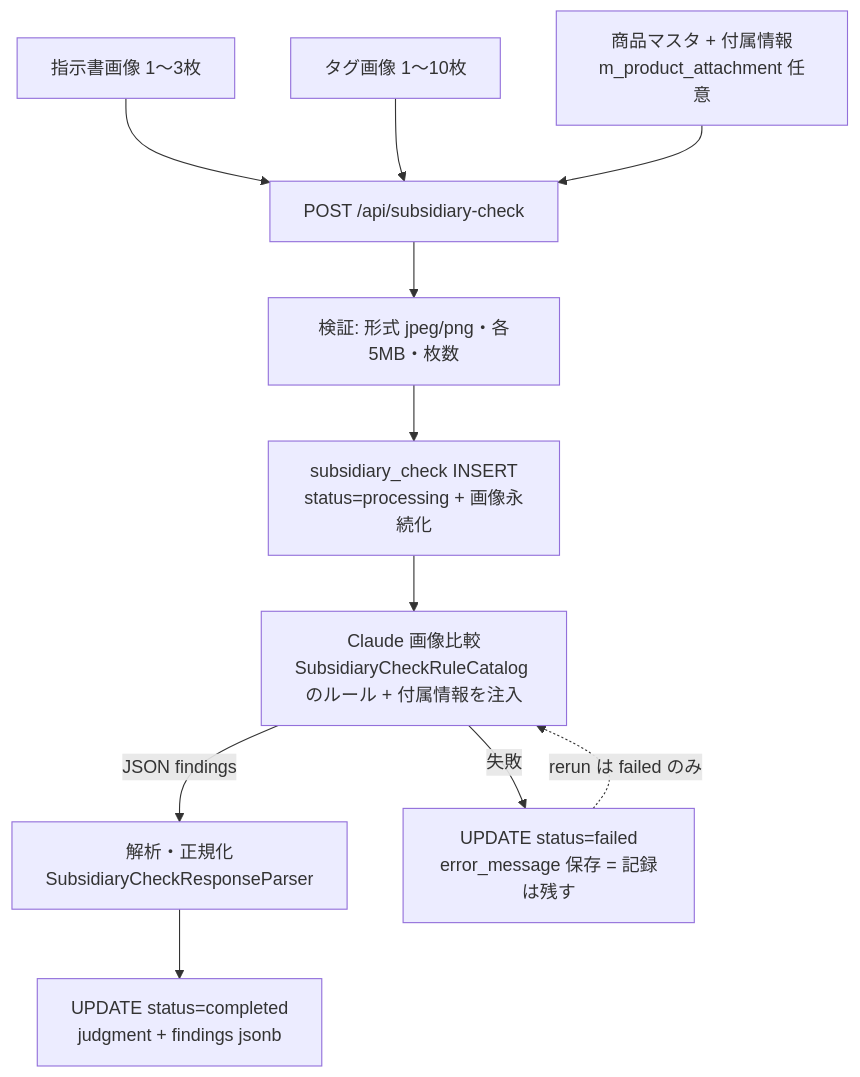
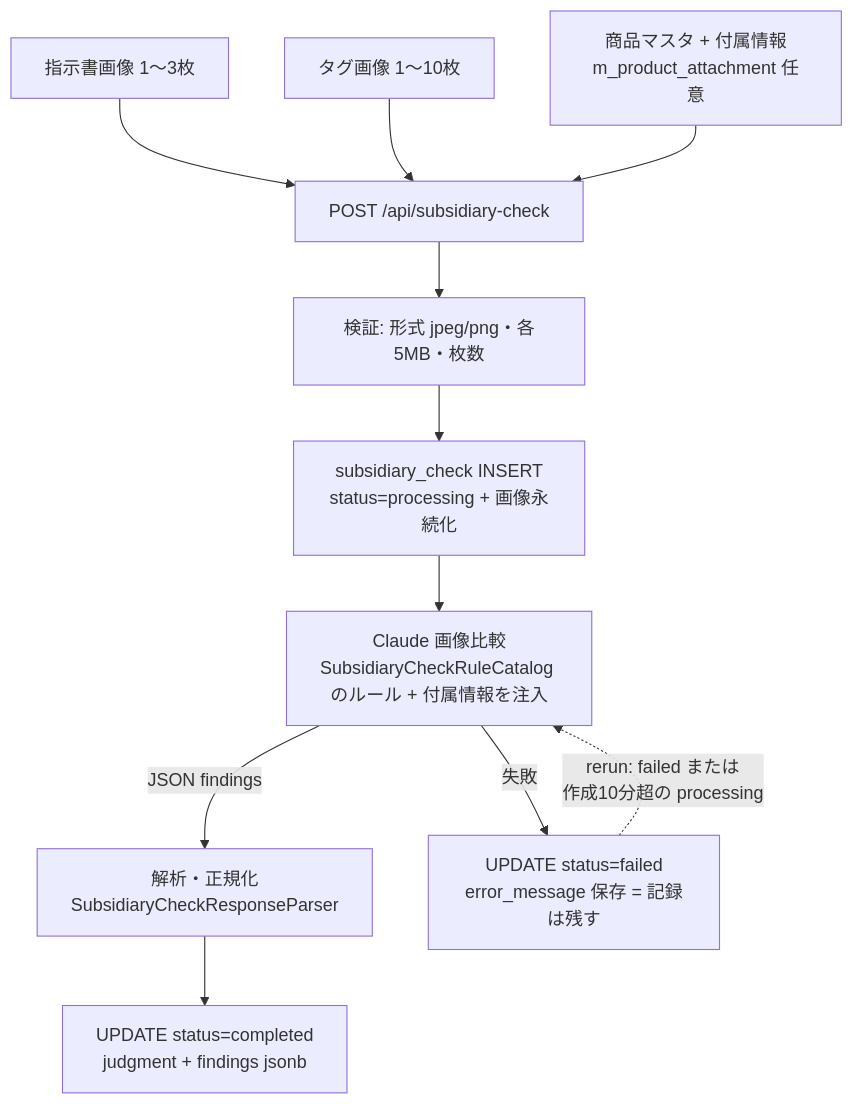
Before and after one commit to TSUNAGUBA/undeux-sales-suite: the fourth of 4 diagrams in docs/design.md, drawn with Mermaid. The commit also changed other lines of this file and 15 other files, not shown here.

````diff
--- a/docs/design.md
+++ b/docs/design.md
@@ -475,13 +479,13 @@
 ```mermaid
 flowchart TD
     A[指示書画像 1〜3枚] --> C[POST /api/subsidiary-check]
     B[タグ画像 1〜10枚] --> C
     P[商品マスタ + 付属情報<br/>m_product_attachment 任意] --> C
     C --> V[検証: 形式 jpeg/png・各5MB・枚数]
     V --> S[subsidiary_check INSERT<br/>status=processing + 画像永続化]
     S --> AI[Claude 画像比較<br/>SubsidiaryCheckRuleCatalog のルール + 付属情報を注入]
     AI -->|JSON findings| PR[解析・正規化<br/>SubsidiaryCheckResponseParser]
     PR --> U[UPDATE status=completed<br/>judgment + findings jsonb]
     AI -->|失敗| F[UPDATE status=failed<br/>error_message 保存 = 記録は残す]
-    F -.->|rerun は failed のみ| AI
+    F -.->|rerun: failed または<br/>作成10分超の processing| AI
 ```
````
